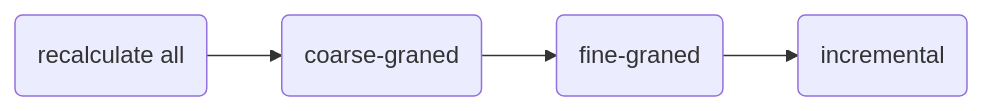
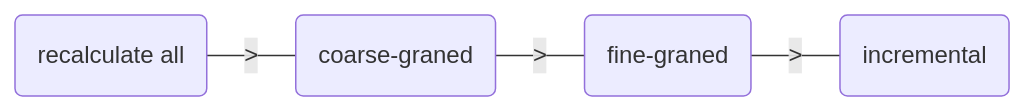
The first of 4 diagrams in slides.md (alfertev2014/holyjs-2026-autumn), drawn with Mermaid before and after one commit. The commit also changed other lines of this file and 1 other file, not shown here.

````diff
--- a/slides.md
+++ b/slides.md
@@ -163,4 +184,4 @@
 ```mermaid
 flowchart LR
-  r(recalculate all) --> cg("coarse-graned") --> fg("fine-graned") --> i(incremental)
+  r(recalculate all) ---|>| cg("coarse-graned") ---|>| fg("fine-graned") ---|>| i(incremental)
 ```
````
